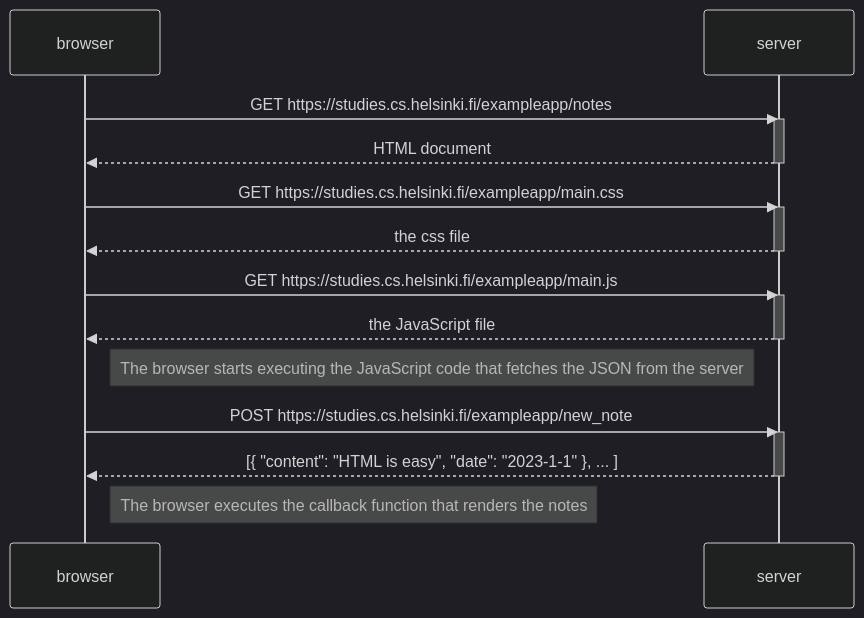
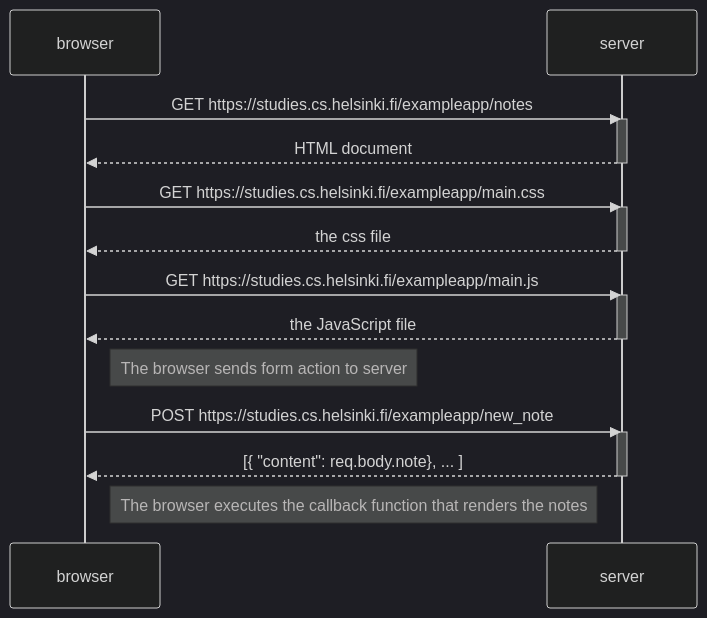
One commit to olgajoki/FullStackOpen changed the diagram in part0/0.4.md. Above: the diagram before and after it, drawn with Mermaid (dark theme).

````diff
--- a/part0/0.4.md
+++ b/part0/0.4.md
@@ -1,29 +1,29 @@
 ```mermaid
 sequenceDiagram
     participant browser
     participant server
     
     browser->>server: GET https://studies.cs.helsinki.fi/exampleapp/notes
     activate server
     server-->>browser: HTML document
     deactivate server
     
     browser->>server: GET https://studies.cs.helsinki.fi/exampleapp/main.css
     activate server
     server-->>browser: the css file
     deactivate server
     
     browser->>server: GET https://studies.cs.helsinki.fi/exampleapp/main.js
     activate server
     server-->>browser: the JavaScript file
     deactivate server
     
-    Note right of browser: The browser starts executing the JavaScript code that fetches the JSON from the server
+    Note right of browser: The browser sends form action to server
     
     browser->>server: POST https://studies.cs.helsinki.fi/exampleapp/new_note
     activate server
-    server-->>browser: [{ "content": "HTML is easy", "date": "2023-1-1" }, ... ]
+    server-->>browser: [{ "content": req.body.note}, ... ]
     deactivate server    
 
     Note right of browser: The browser executes the callback function that renders the notes 
 ```
````
